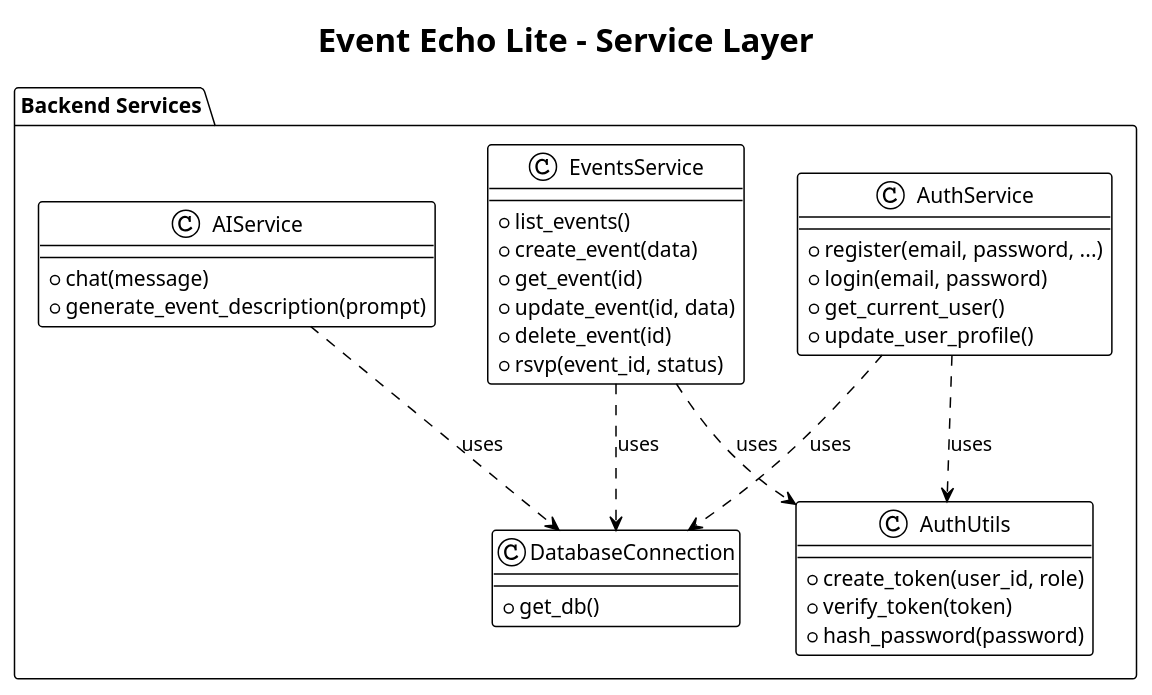
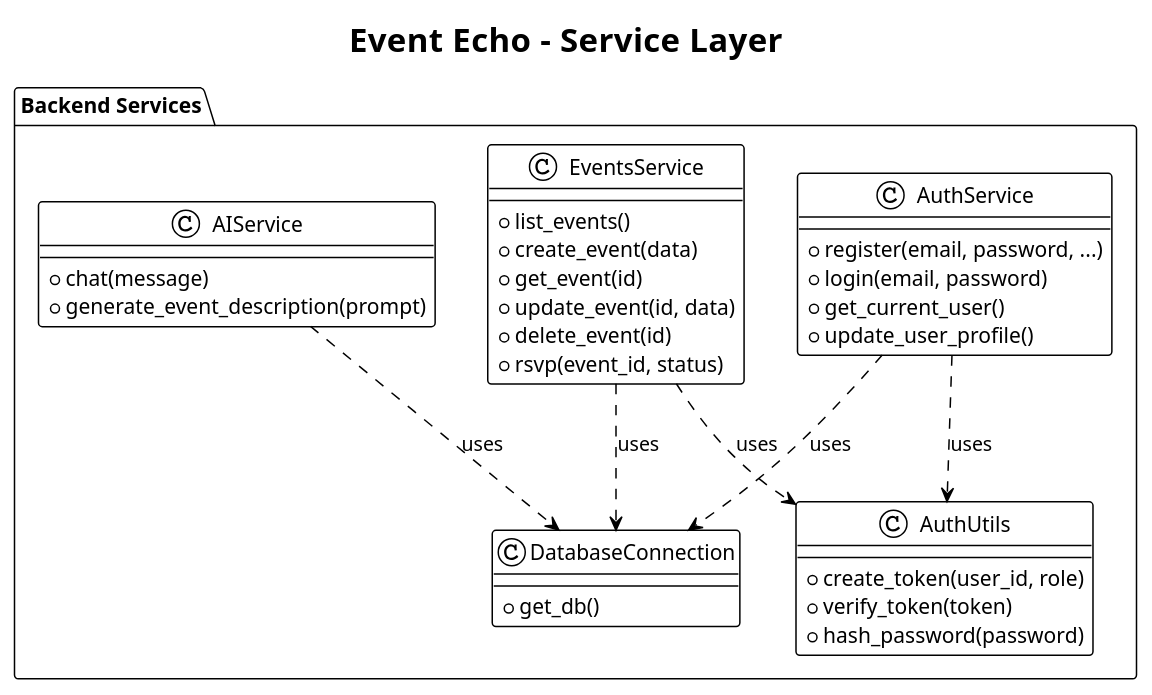
One commit to JoshuaCYin/Event-Echo-Lite changed the diagram in docs/diagrams/class_services.puml. Above: the diagram before and after it, drawn with PlantUML. The commit also changed 7 other files, not shown here.

Commit message:
Fix issue in diagrams.

```diff
--- a/docs/diagrams/class_services.puml
+++ b/docs/diagrams/class_services.puml
@@ -1,46 +1,46 @@
 @startuml
 !theme plain
-title Event Echo Lite - Service Layer
+title Event Echo  - Service Layer
 
 package "Backend Services" {
     
     class "AuthService" as Auth {
         + register(email, password, ...)
         + login(email, password)
         + get_current_user()
         + update_user_profile()
     }
     
     class "EventsService" as Events {
         + list_events()
         + create_event(data)
         + get_event(id)
         + update_event(id, data)
         + delete_event(id)
         + rsvp(event_id, status)
     }
     
     class "AIService" as AI {
         + chat(message)
         + generate_event_description(prompt)
     }
     
     class "DatabaseConnection" as DB {
         + get_db()
     }
     
     class "AuthUtils" as Utils {
         + create_token(user_id, role)
         + verify_token(token)
         + hash_password(password)
     }
 }
 
 Auth ..> DB : uses
 Events ..> DB : uses
 AI ..> DB : uses
 
 Auth ..> Utils : uses
 Events ..> Utils : uses
 
 @enduml
```
